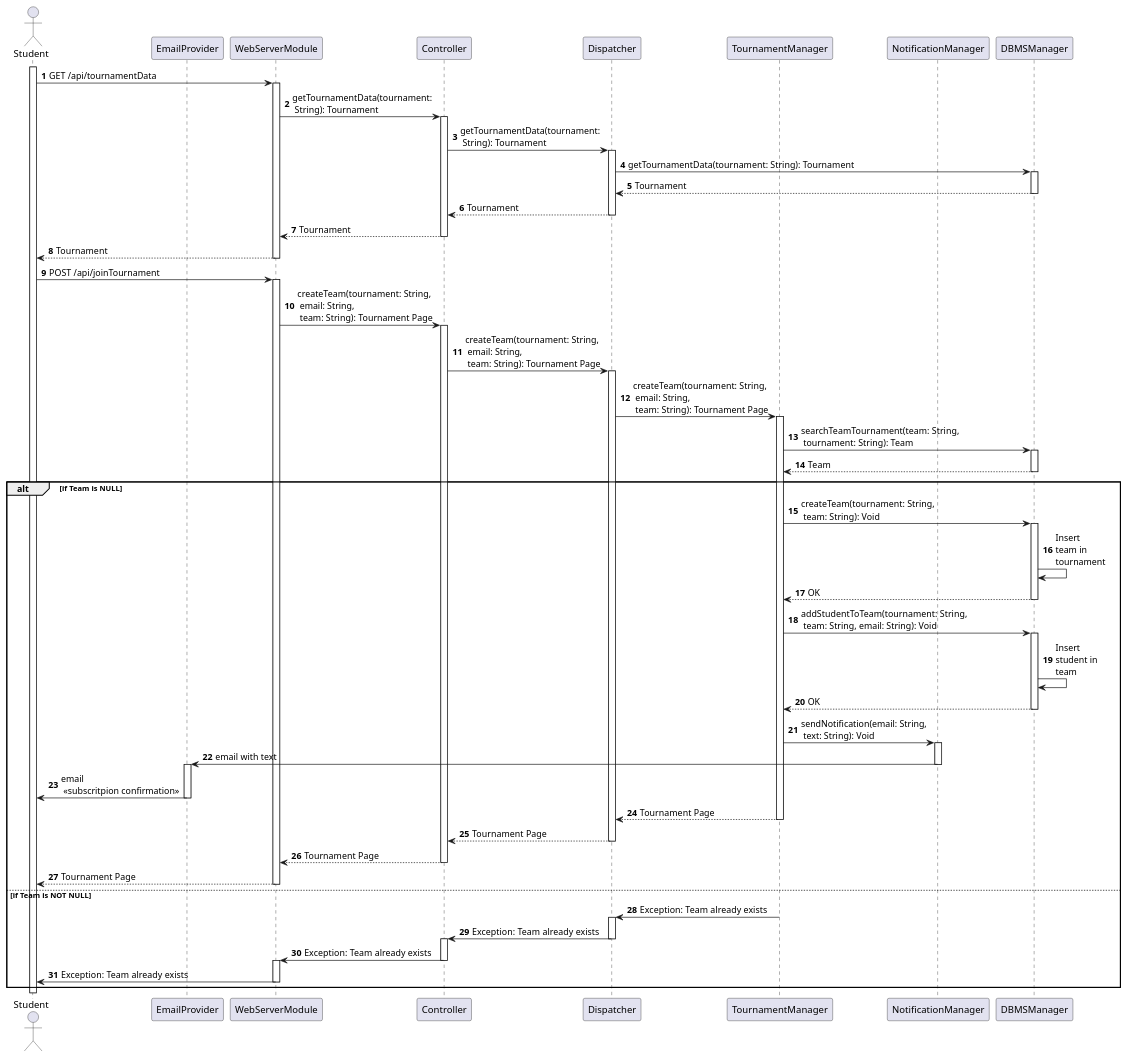
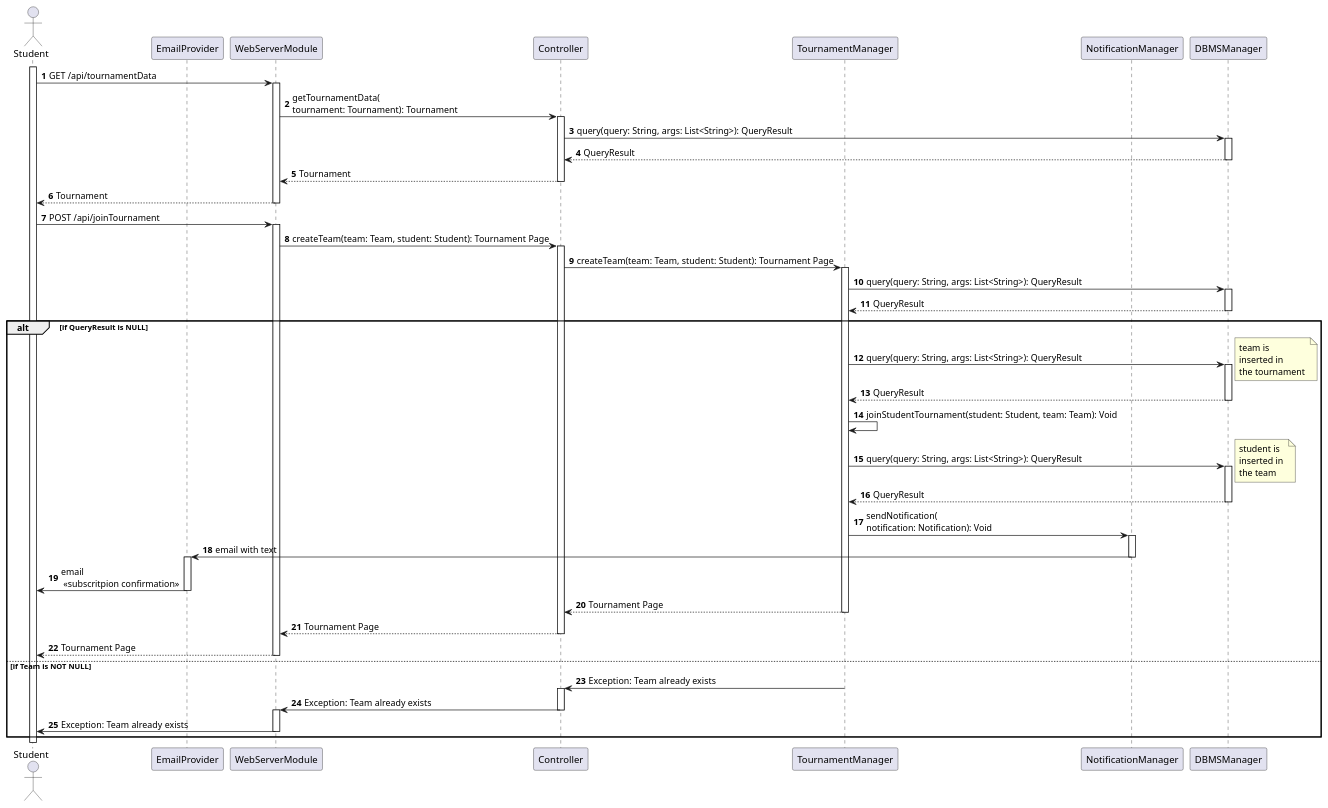
One commit to Angelo7672/SE2_Requirement-and-Design-Document changed the diagram in _DD/Images/sequenceDiagrams/joinATournament.wsd. Above: the diagram before and after it, drawn with PlantUML. The commit also changed 4 other files, not shown here.

Commit message:
sequence fix

```diff
--- a/_DD/Images/sequenceDiagrams/joinATournament.wsd
+++ b/_DD/Images/sequenceDiagrams/joinATournament.wsd
@@ -1,82 +1,79 @@
 @startuml
 
 autonumber
 
 actor Student as S
 participant EmailProvider as EP
 participant WebServerModule as WS
 participant Controller as C
-participant Dispatcher as MD
 participant TournamentManager as TM
 participant NotificationManager as NM
 participant DBMSManager as DBMSM
 
 activate S
 S -> WS: GET /api/tournamentData
 activate WS
-WS -> C: getTournamentData(tournament:\n String): Tournament
+WS -> C: getTournamentData(\ntournament: Tournament): Tournament
 activate C
-C -> MD: getTournamentData(tournament:\n String): Tournament
-activate MD
-MD -> DBMSM: getTournamentData(tournament: String): Tournament
+C -> DBMSM: query(query: String, args: List<String>): QueryResult
 activate DBMSM
-DBMSM --> MD: Tournament
+DBMSM --> C: QueryResult
 deactivate DBMSM
-MD --> C: Tournament
-deactivate MD
 C --> WS: Tournament
 deactivate C
 WS --> S: Tournament
 deactivate WS
 S -> WS: POST /api/joinTournament
 activate WS
-WS -> C: createTeam(tournament: String,\n email: String,\n team: String): Tournament Page
+WS -> C: createTeam(team: Team, student: Student): Tournament Page
 activate C
-C -> MD: createTeam(tournament: String,\n email: String,\n team: String): Tournament Page
-activate MD
-MD -> TM: createTeam(tournament: String,\n email: String,\n team: String): Tournament Page
+C -> TM: createTeam(team: Team, student: Student): Tournament Page
 activate TM
-TM -> DBMSM: searchTeamTournament(team: String,\n tournament: String): Team
+TM -> DBMSM: query(query: String, args: List<String>): QueryResult
 activate DBMSM
-DBMSM --> TM: Team
+DBMSM --> TM: QueryResult
 deactivate DBMSM
-alt if Team is NULL
-    TM -> DBMSM: createTeam(tournament: String,\n team: String): Void
+alt if QueryResult is NULL
+    TM -> DBMSM: query(query: String, args: List<String>): QueryResult
     activate DBMSM
-    DBMSM -> DBMSM: Insert\nteam in\ntournament
-    DBMSM --> TM: OK
+    note right
+        team is 
+        inserted in 
+        the tournament 
+    end note
+    DBMSM --> TM: QueryResult
     deactivate DBMSM
-    TM -> DBMSM: addStudentToTeam(tournament: String,\n team: String, email: String): Void
+    TM -> TM: joinStudentTournament(student: Student, team: Team): Void
+    TM -> DBMSM: query(query: String, args: List<String>): QueryResult
     activate DBMSM
-    DBMSM -> DBMSM: Insert\nstudent in\nteam
-    DBMSM --> TM: OK
+    note right
+        student is 
+        inserted in 
+        the team 
+    end note
+    DBMSM --> TM: QueryResult
     deactivate DBMSM
-    TM -> NM: sendNotification(email: String,\n text: String): Void
+    TM -> NM: sendNotification(\nnotification: Notification): Void
     activate NM
     NM -> EP: email with text
     deactivate NM
     activate EP
     EP -> S: email\n <<subscritpion confirmation>>
     deactivate EP
-    TM --> MD: Tournament Page
+    TM --> C: Tournament Page
     deactivate TM
-    MD --> C: Tournament Page
-    deactivate MD
     C --> WS: Tournament Page
     deactivate C
     WS --> S: Tournament Page
     deactivate WS
 else if Team is NOT NULL
-    TM -> MD: Exception: Team already exists
-    activate MD
-    MD -> C: Exception: Team already exists
-    deactivate MD
+    TM -> C: Exception: Team already exists
     activate C
     C -> WS: Exception: Team already exists
     deactivate C
     activate WS
     WS -> S: Exception: Team already exists
     deactivate WS
 end
 
 @enduml
```
